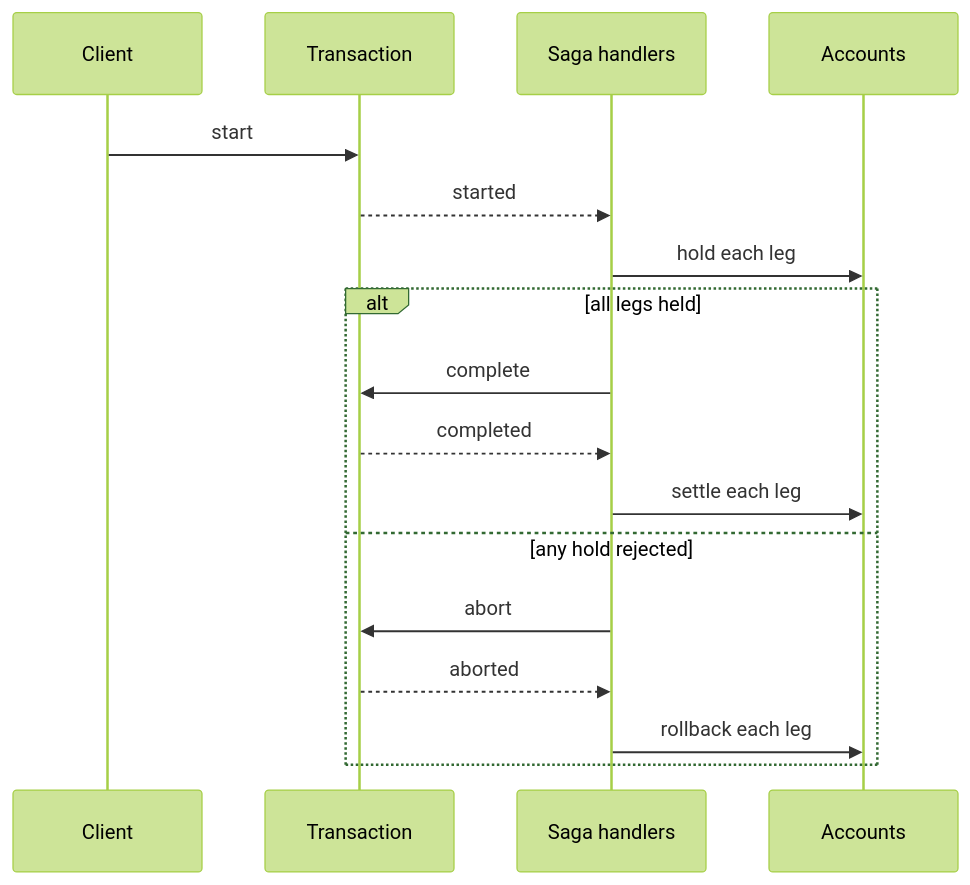
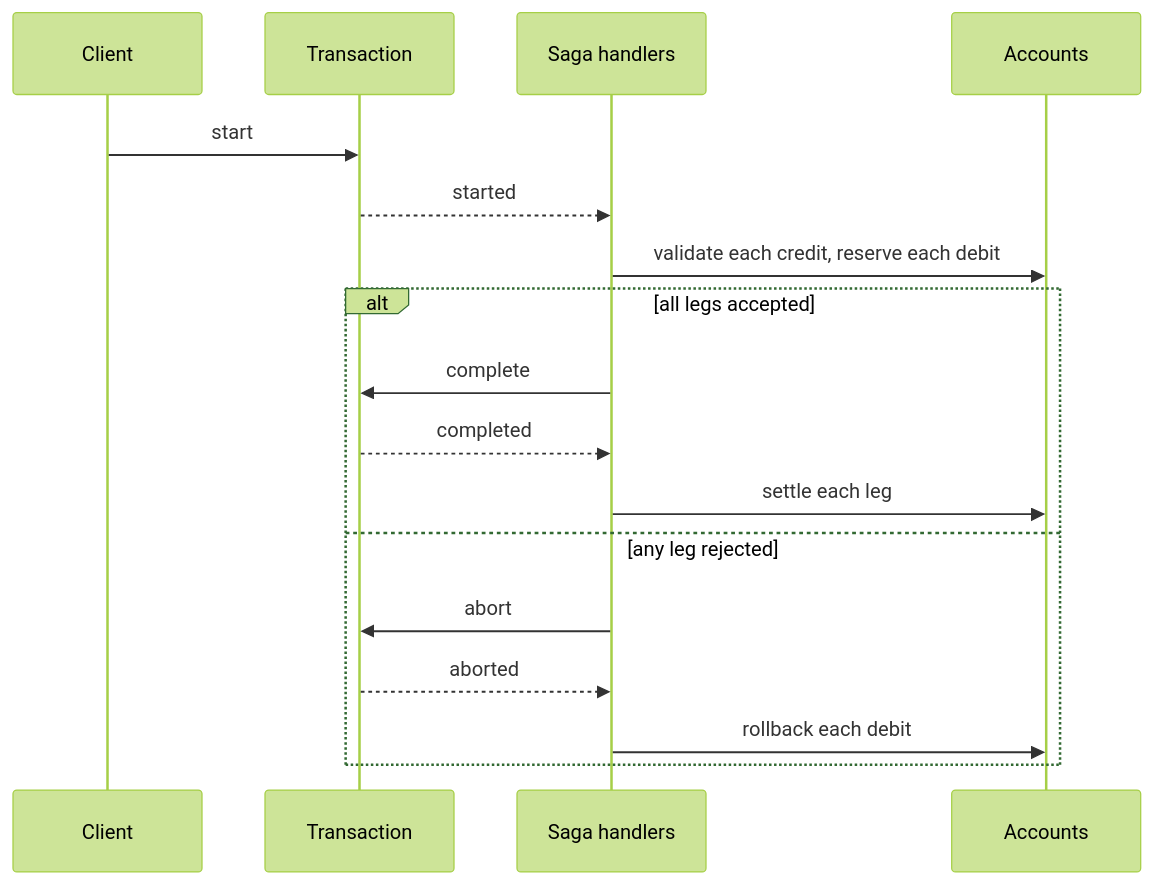
Before and after one commit to SagynyshBaitursinov/caravan-ledger: the diagram in README.md, drawn with Mermaid (forest theme). The commit also changed other lines of this file and 23 other files, not shown here.

First line of the commit message:
Reserve balance for debits only, validate credits without events

````diff
--- a/README.md
+++ b/README.md
@@ -22,20 +29,19 @@
 ```mermaid
 sequenceDiagram
     participant C as Client
     participant T as Transaction
     participant H as Saga handlers
     participant A as Accounts
-
-    C->>T: start
-    T-->>H: started
-    H->>A: hold each leg
-    alt all legs held
-        H->>T: complete
-        T-->>H: completed
-        H->>A: settle each leg
-    else any hold rejected
-        H->>T: abort
-        T-->>H: aborted
-        H->>A: rollback each leg
+    C ->> T: start
+    T -->> H: started
+    H ->> A: validate each credit, reserve each debit
+    alt all legs accepted
+        H ->> T: complete
+        T -->> H: completed
+        H ->> A: settle each leg
+    else any leg rejected
+        H ->> T: abort
+        T -->> H: aborted
+        H ->> A: rollback each debit
     end
 ```
````
